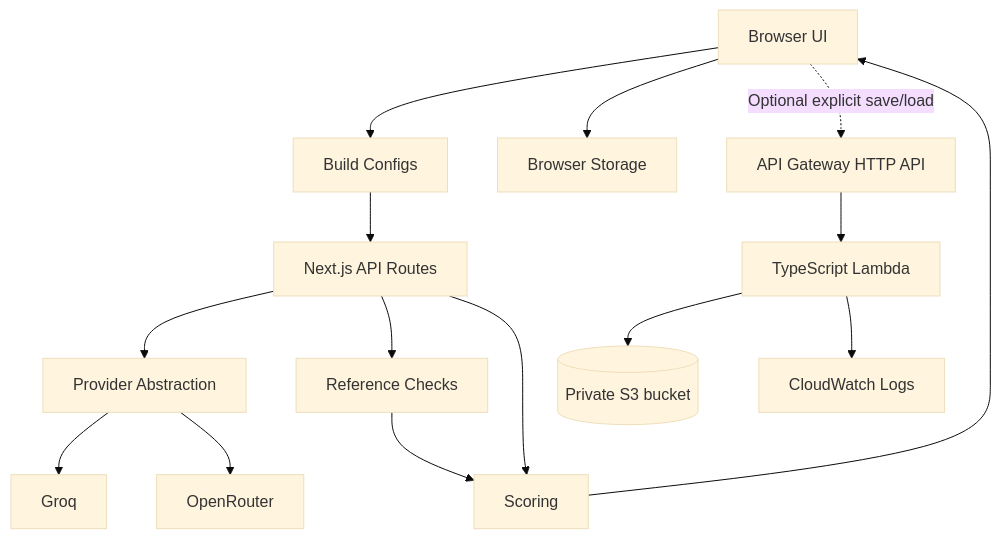
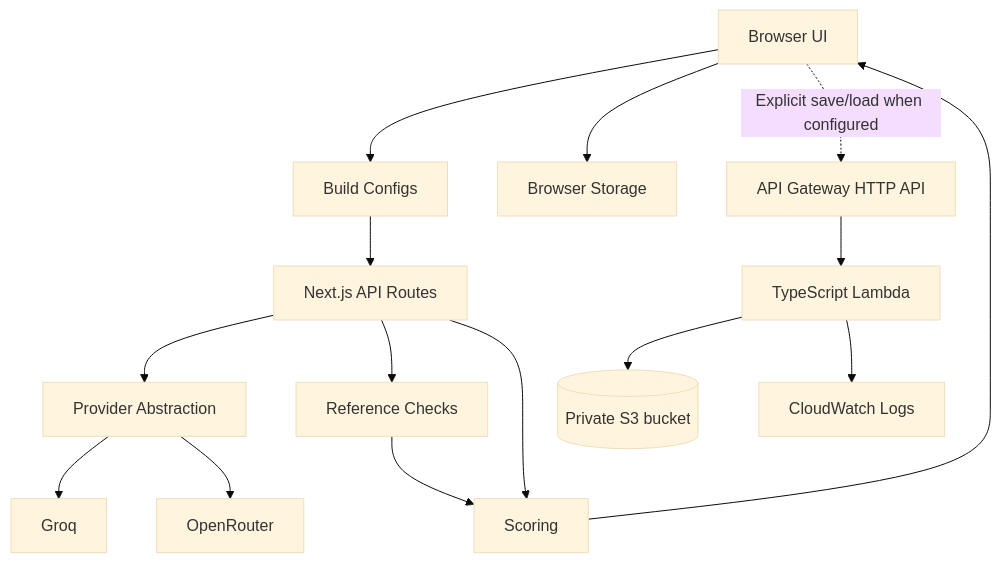
One commit to omaewamoushindei/llm-workflow-benchmark-lab changed the first of 2 diagrams in README.md. Above: the diagram before and after it, drawn with Mermaid (base theme). The commit also changed other lines of this file and 3 other files, not shown here.

````diff
--- a/README.md
+++ b/README.md
@@ -36,17 +36,17 @@
 ```mermaid
 flowchart TD
   U[Browser UI] --> C[Build Configs]
   C --> A[Next.js API Routes]
   A --> P[Provider Abstraction]
   P --> G[Groq]
   P --> O[OpenRouter]
   A --> R[Reference Checks]
   A --> S[Scoring]
   R --> S
   S --> U
   U --> B[Browser Storage]
-  U -. Optional explicit save/load .-> AGW[API Gateway HTTP API]
+  U -. Explicit save/load when configured .-> AGW[API Gateway HTTP API]
   AGW --> L[TypeScript Lambda]
   L --> S3[(Private S3 bucket)]
   L --> CW[CloudWatch Logs]
 ```
````
